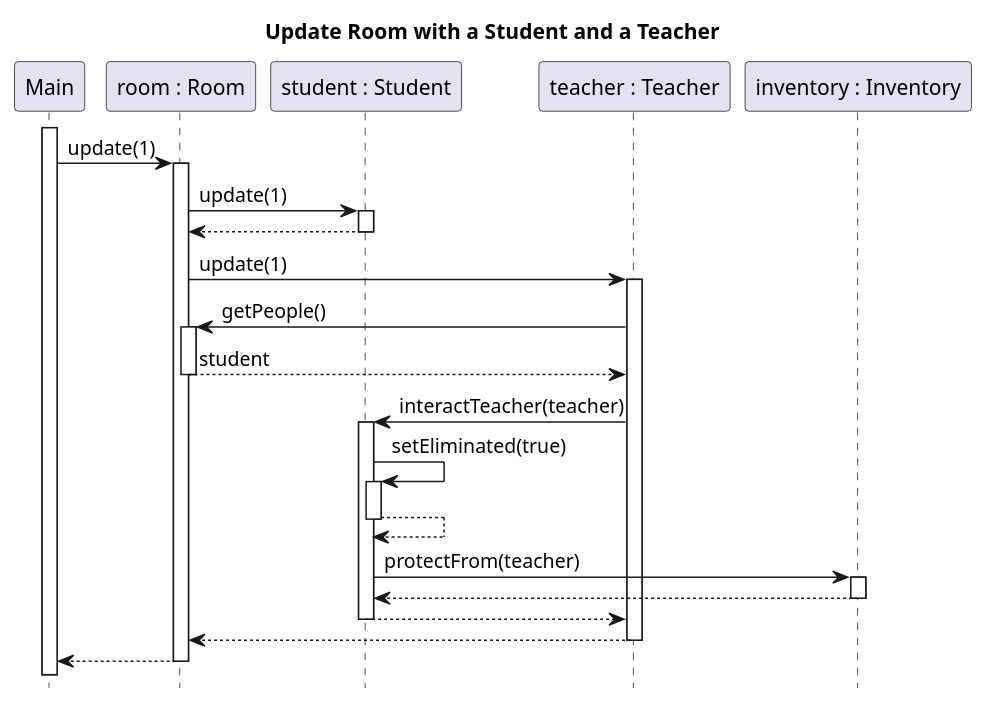
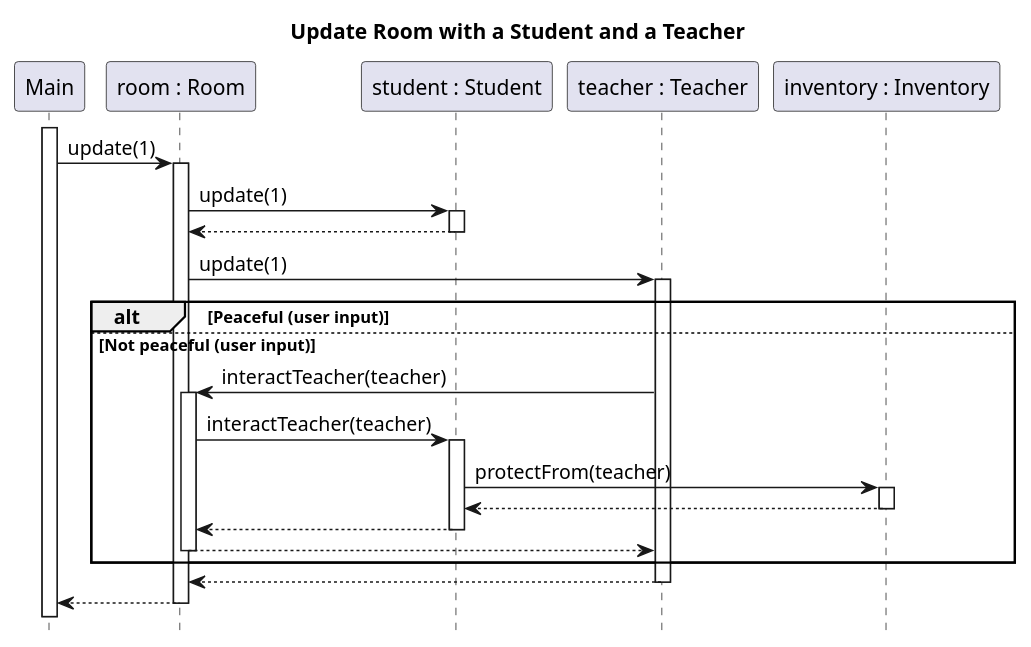
The diagram in docs/diagrams/test-sequence/room-update-student-teacher.puml (sn4k3ch4rm3r/logarlec), drawn with PlantUML before and after one commit. The commit also changed 3 other files, not shown here.

Commit message:
Updated update sequences

```diff
--- a/docs/diagrams/test-sequence/room-update-student-teacher.puml
+++ b/docs/diagrams/test-sequence/room-update-student-teacher.puml
@@ -1,30 +1,31 @@
 @startuml room-update-student-teacher
 title Update Room with a Student and a Teacher
 hide footbox
 autoactivate on
 skinparam SequenceReferenceBackgroundColor white
 
 participant Main
 participant "room : Room" as room
 participant "student : Student" as s
 participant "teacher : Teacher" as t
 participant "inventory : Inventory" as inv
 
 activate Main
 Main -> room : update(1)
 	room -> s : update(1)
 	return
 	room -> t : update(1)
-    t -> room : getPeople()
-    return student
-    t -> s : interactTeacher(teacher)
-        s -> s : setEliminated(true)
-        return
-        s -> inv ++: protectFrom(teacher)
-        return
-        
-	return
-return
+	alt Peaceful (user input)
+	else Not peaceful (user input)
+        t -> room : interactTeacher(teacher)
+            room -> s : interactTeacher(teacher)
+                s -> inv ++: protectFrom(teacher)
+                return
+            return
+	    return
+    end
+    return
 return
 
+
 @enduml
```
